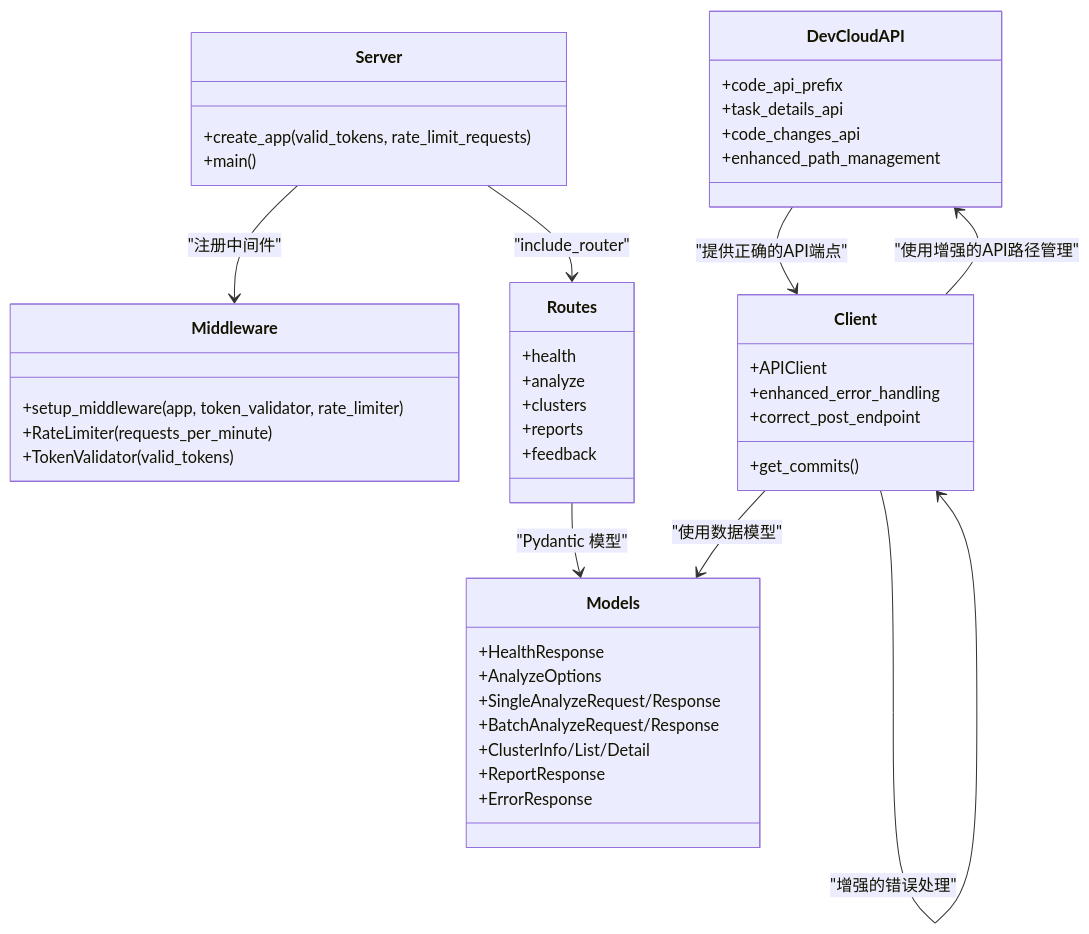
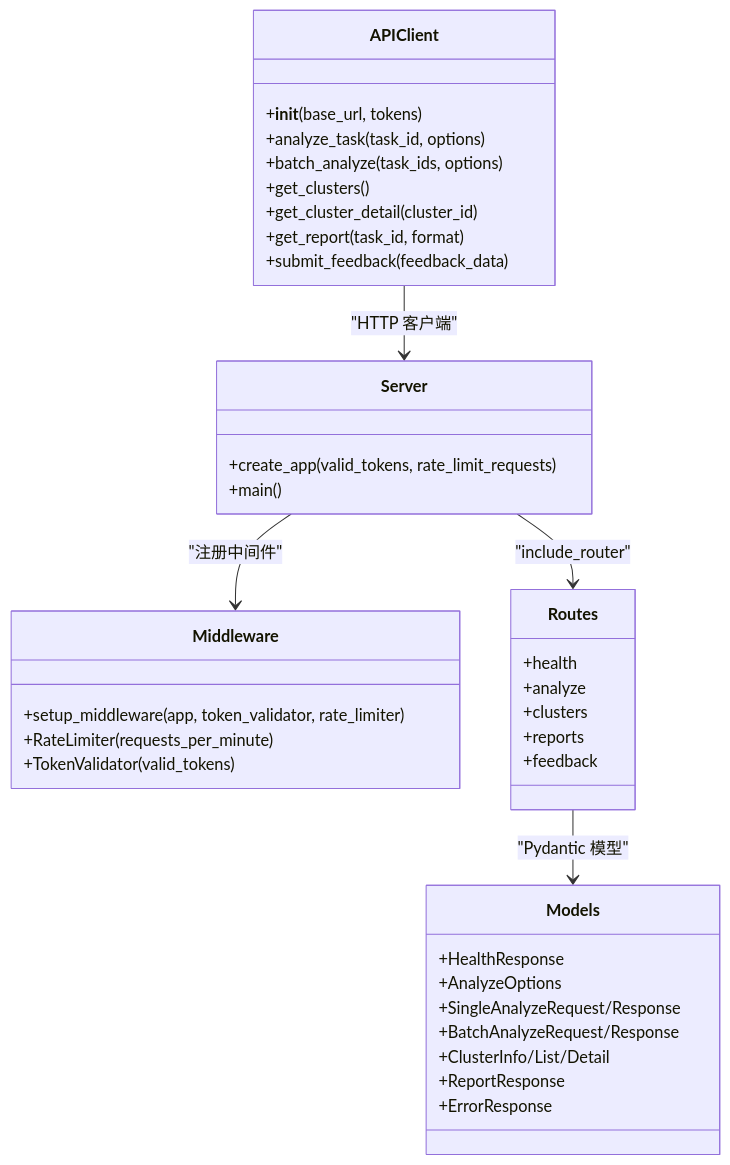
Before and after one commit to boyingliu01/fault-review-analyzer: the third of 3 diagrams in .qoder/repowiki/zh/content/API接口文档/API接口文档.md, drawn with Mermaid. The commit also changed other lines of this file and 125 other files, not shown here.

````diff
--- a/.qoder/repowiki/zh/content/API接口文档/API接口文档.md
+++ b/.qoder/repowiki/zh/content/API接口文档/API接口文档.md
@@ -585,47 +439,41 @@
 ```mermaid
 classDiagram
 class Server {
 +create_app(valid_tokens, rate_limit_requests)
 +main()
 }
 class Middleware {
 +setup_middleware(app, token_validator, rate_limiter)
 +RateLimiter(requests_per_minute)
 +TokenValidator(valid_tokens)
 }
 class Routes {
 +health
 +analyze
 +clusters
 +reports
 +feedback
 }
 class Models {
 +HealthResponse
 +AnalyzeOptions
 +SingleAnalyzeRequest/Response
 +BatchAnalyzeRequest/Response
 +ClusterInfo/List/Detail
 +ReportResponse
 +ErrorResponse
 }
-class DevCloudAPI {
-+code_api_prefix
-+task_details_api
-+code_changes_api
-+enhanced_path_management
-}
-class Client {
-+APIClient
-+get_commits()
-+enhanced_error_handling
-+correct_post_endpoint
+class APIClient {
++__init__(base_url, tokens)
++analyze_task(task_id, options)
++batch_analyze(task_ids, options)
++get_clusters()
++get_cluster_detail(cluster_id)
++get_report(task_id, format)
++submit_feedback(feedback_data)
 }
 Server --> Middleware : "注册中间件"
 Server --> Routes : "include_router"
 Routes --> Models : "Pydantic 模型"
-Client --> Models : "使用数据模型"
-Client --> Client : "增强的错误处理"
-Client --> DevCloudAPI : "使用增强的API路径管理"
-DevCloudAPI --> Client : "提供正确的API端点"
+APIClient --> Server : "HTTP 客户端"
 ```
````
